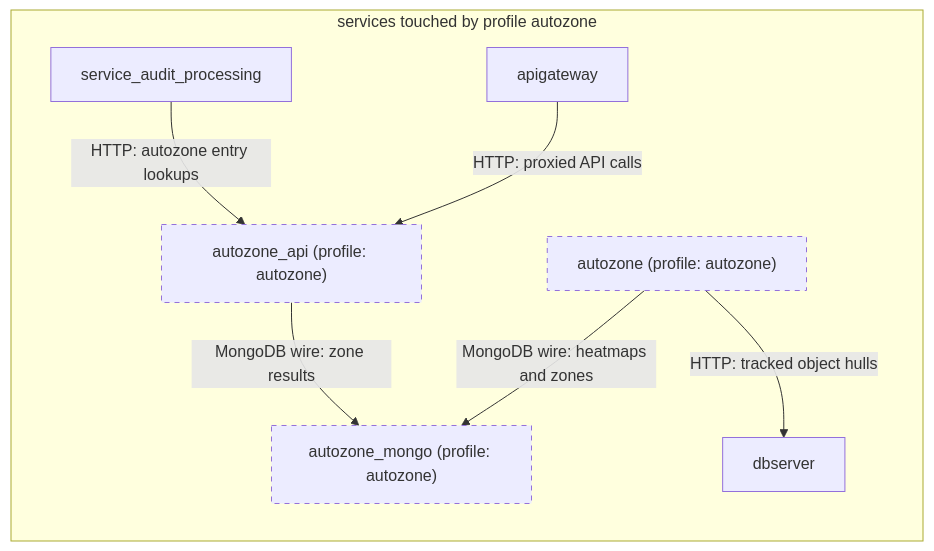
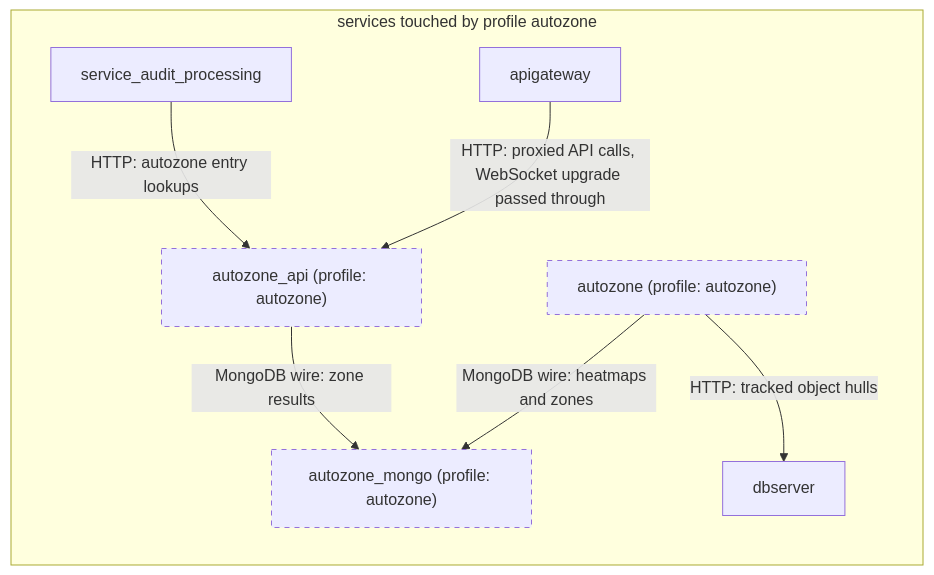
One commit to pacefactory/deployment-scripts changed the diagram in docs/architecture/profiles/autozone.md. Above: the diagram before and after it, drawn with Mermaid. The commit also changed other lines of this file and 84 other files, not shown here.

First line of the commit message:
docs: record apigateway flows and add a SessionStart hook for web sessions

````diff
--- a/docs/architecture/profiles/autozone.md
+++ b/docs/architecture/profiles/autozone.md
@@ -74,18 +74,18 @@
 ```mermaid
 flowchart LR
   classDef optional stroke-dasharray: 5 5
   subgraph deployment["services touched by profile autozone"]
     autozone["autozone (profile: autozone)"]
     autozone_mongo["autozone_mongo (profile: autozone)"]
     dbserver["dbserver"]
     autozone_api["autozone_api (profile: autozone)"]
     apigateway["apigateway"]
     service_audit_processing["service_audit_processing"]
   end
   autozone -->|"MongoDB wire: heatmaps and zones"| autozone_mongo
   autozone -->|"HTTP: tracked object hulls"| dbserver
   autozone_api -->|"MongoDB wire: zone results"| autozone_mongo
-  apigateway -->|"HTTP: proxied API calls"| autozone_api
+  apigateway -->|"HTTP: proxied API calls, WebSocket upgrade passed through"| autozone_api
   service_audit_processing -->|"HTTP: autozone entry lookups"| autozone_api
   class autozone_api,autozone_mongo,autozone optional
 ```
````
